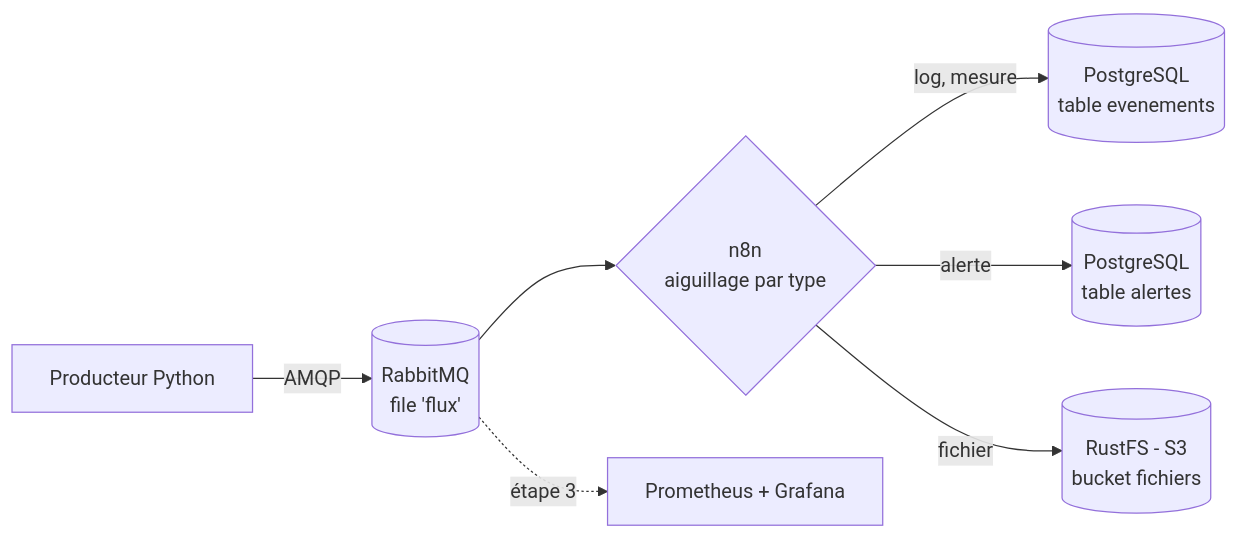
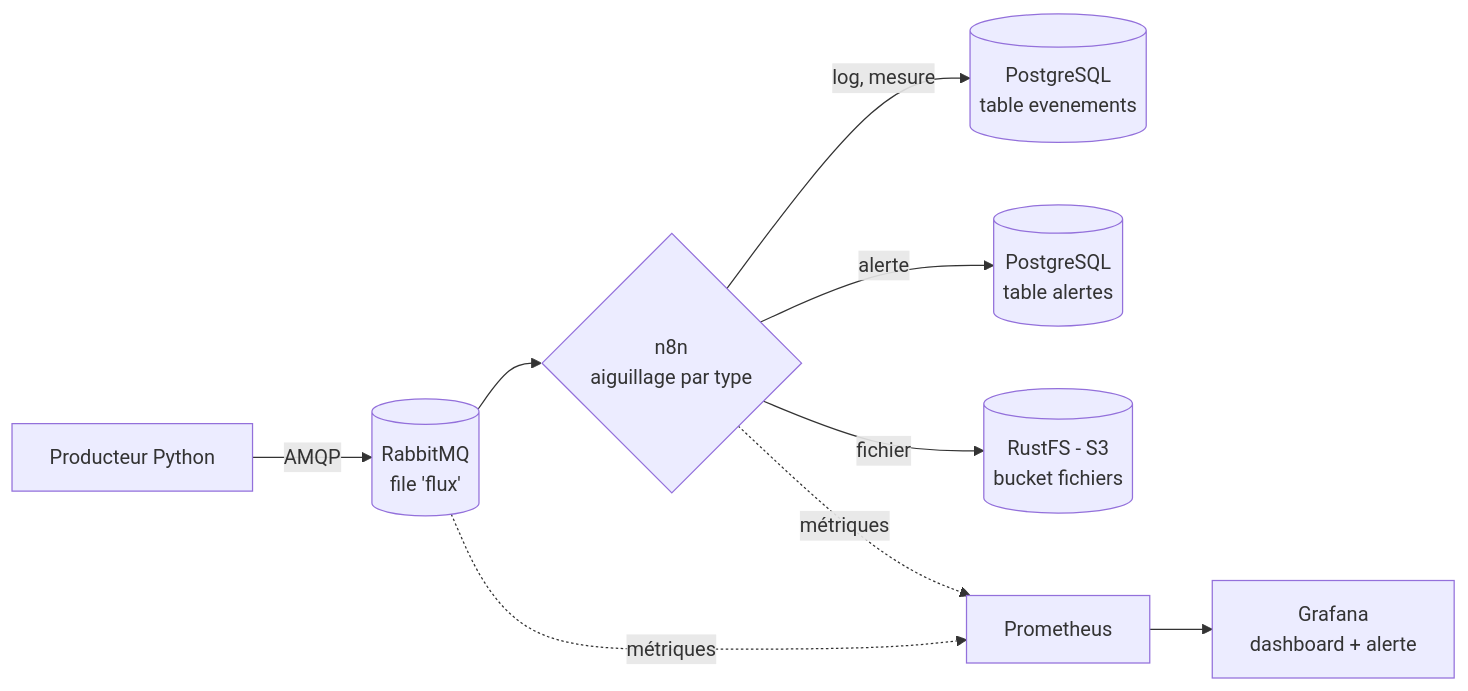
The diagram in README.md (Dvxy67/dataflow-lab), drawn with Mermaid before and after one commit. The commit also changed other lines of this file and 9 other files, not shown here.

Commit message:
Étape 3 : supervision Prometheus + Grafana, alerte et provisioning, README

````diff
--- a/README.md
+++ b/README.md
@@ -17,9 +17,11 @@
 ```mermaid
 flowchart LR
     P[Producteur Python] -->|AMQP| R[(RabbitMQ<br/>file 'flux')]
     R --> N{n8n<br/>aiguillage par type}
     N -->|log, mesure| E[(PostgreSQL<br/>table evenements)]
     N -->|alerte| A[(PostgreSQL<br/>table alertes)]
     N -->|fichier| S[(RustFS - S3<br/>bucket fichiers)]
-    R -.->|étape 3| M[Prometheus + Grafana]
+    R -.->|métriques| PR[Prometheus]
+    N -.->|métriques| PR
+    PR --> G[Grafana<br/>dashboard + alerte]
 ```
````
